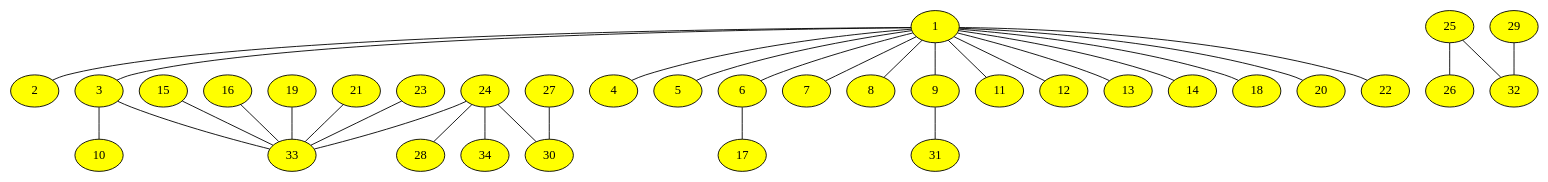
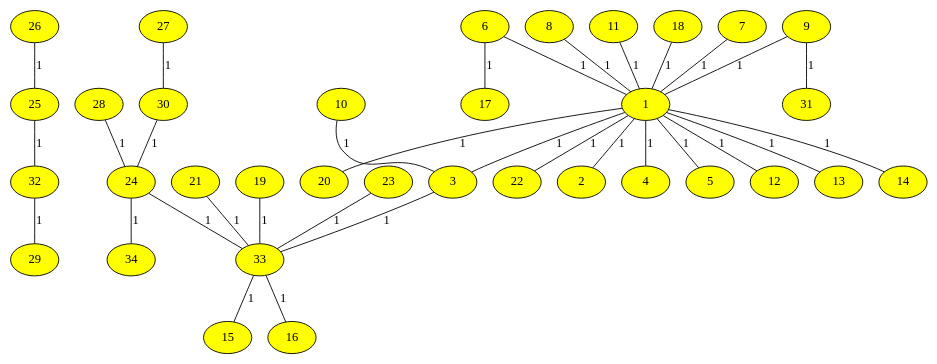
One commit to kraison/graph-utils changed the diagram in data/karate-cut.dot. Above: the diagram before and after it, drawn with Graphviz. The commit also changed 14 other files, not shown here.

Commit message:
finalizing max flow and max matching

```diff
--- a/data/karate-cut.dot
+++ b/data/karate-cut.dot
@@ -1,69 +1,71 @@
-graph graphutils {
-  node [ color = black, fillcolor = while, style = filled ];
-  "1" -- "2" [w=1];
-  "1" -- "3" [w=1];
-  "1" -- "4" [w=1];
-  "1" -- "5" [w=1];
-  "1" -- "6" [w=1];
-  "1" -- "7" [w=1];
-  "1" -- "8" [w=1];
-  "1" -- "9" [w=1];
-  "1" -- "11" [w=1];
-  "1" -- "12" [w=1];
-  "1" -- "13" [w=1];
-  "1" -- "14" [w=1];
-  "1" -- "18" [w=1];
-  "1" -- "20" [w=1];
-  "1" -- "22" [w=1];
+graph graphutils
+{
+  splines=true;
+  node [ color = black, fillcolor = white, style = filled ];
+  "26" -- "25" [w=1,label=1];
+  "26" [fillcolor="#ffff00"];
+  "25" -- "32" [w=1,label=1];
+  "25" [fillcolor="#ffff00"];
+  "6" -- "1" [w=1,label=1];
+  "6" -- "17" [w=1,label=1];
+  "6" [fillcolor="#ffff00"];
+  "18" -- "1" [w=1,label=1];
+  "18" [fillcolor="#ffff00"];
+  "7" -- "1" [w=1,label=1];
+  "7" [fillcolor="#ffff00"];
+  "17" [fillcolor="#ffff00"];
+  "28" -- "24" [w=1,label=1];
+  "28" [fillcolor="#ffff00"];
+  "8" -- "1" [w=1,label=1];
+  "8" [fillcolor="#ffff00"];
+  "27" -- "30" [w=1,label=1];
+  "27" [fillcolor="#ffff00"];
+  "11" -- "1" [w=1,label=1];
+  "11" [fillcolor="#ffff00"];
+  "9" -- "1" [w=1,label=1];
+  "9" -- "31" [w=1,label=1];
+  "9" [fillcolor="#ffff00"];
+  "10" -- "3" [w=1,label=1];
+  "10" [fillcolor="#ffff00"];
+  "21" -- "33" [w=1,label=1];
+  "21" [fillcolor="#ffff00"];
+  "1" -- "2" [w=1,label=1];
+  "1" -- "3" [w=1,label=1];
+  "1" -- "4" [w=1,label=1];
+  "1" -- "5" [w=1,label=1];
+  "1" -- "12" [w=1,label=1];
+  "1" -- "13" [w=1,label=1];
+  "1" -- "14" [w=1,label=1];
+  "1" -- "20" [w=1,label=1];
+  "1" -- "22" [w=1,label=1];
   "1" [fillcolor="#ffff00"];
+  "19" -- "33" [w=1,label=1];
+  "19" [fillcolor="#ffff00"];
+  "32" -- "29" [w=1,label=1];
+  "32" [fillcolor="#ffff00"];
+  "20" [fillcolor="#ffff00"];
+  "14" [fillcolor="#ffff00"];
+  "31" [fillcolor="#ffff00"];
+  "29" [fillcolor="#ffff00"];
   "2" [fillcolor="#ffff00"];
-  "3" -- "10" [w=1];
-  "3" -- "33" [w=1];
+  "30" -- "24" [w=1,label=1];
+  "30" [fillcolor="#ffff00"];
+  "13" [fillcolor="#ffff00"];
+  "24" -- "33" [w=1,label=1];
+  "24" -- "34" [w=1,label=1];
+  "24" [fillcolor="#ffff00"];
+  "12" [fillcolor="#ffff00"];
+  "3" -- "33" [w=1,label=1];
   "3" [fillcolor="#ffff00"];
+  "23" -- "33" [w=1,label=1];
+  "23" [fillcolor="#ffff00"];
+  "34" [fillcolor="#ffff00"];
+  "22" [fillcolor="#ffff00"];
   "4" [fillcolor="#ffff00"];
+  "33" -- "15" [w=1,label=1];
+  "33" -- "16" [w=1,label=1];
+  "33" [fillcolor="#ffff00"];
+  "16" [fillcolor="#ffff00"];
   "5" [fillcolor="#ffff00"];
-  "6" -- "17" [w=1];
-  "6" [fillcolor="#ffff00"];
-  "7" [fillcolor="#ffff00"];
-  "8" [fillcolor="#ffff00"];
-  "9" -- "31" [w=1];
-  "9" [fillcolor="#ffff00"];
-  "10" [fillcolor="#ffff00"];
-  "11" [fillcolor="#ffff00"];
-  "12" [fillcolor="#ffff00"];
-  "13" [fillcolor="#ffff00"];
-  "14" [fillcolor="#ffff00"];
-  "15" -- "33" [w=1];
   "15" [fillcolor="#ffff00"];
-  "16" -- "33" [w=1];
-  "16" [fillcolor="#ffff00"];
-  "17" [fillcolor="#ffff00"];
-  "18" [fillcolor="#ffff00"];
-  "19" -- "33" [w=1];
-  "19" [fillcolor="#ffff00"];
-  "20" [fillcolor="#ffff00"];
-  "21" -- "33" [w=1];
-  "21" [fillcolor="#ffff00"];
-  "22" [fillcolor="#ffff00"];
-  "23" -- "33" [w=1];
-  "23" [fillcolor="#ffff00"];
-  "24" -- "28" [w=1];
-  "24" -- "30" [w=1];
-  "24" -- "33" [w=1];
-  "24" -- "34" [w=1];
-  "24" [fillcolor="#ffff00"];
-  "25" -- "26" [w=1];
-  "25" -- "32" [w=1];
-  "25" [fillcolor="#ffff00"];
-  "26" [fillcolor="#ffff00"];
-  "27" -- "30" [w=1];
-  "27" [fillcolor="#ffff00"];
-  "28" [fillcolor="#ffff00"];
-  "29" -- "32" [w=1];
-  "29" [fillcolor="#ffff00"];
-  "30" [fillcolor="#ffff00"];
-  "31" [fillcolor="#ffff00"];
-  "32" [fillcolor="#ffff00"];
-  "33" [fillcolor="#ffff00"];
-  "34" [fillcolor="#ffff00"];
 }
```
